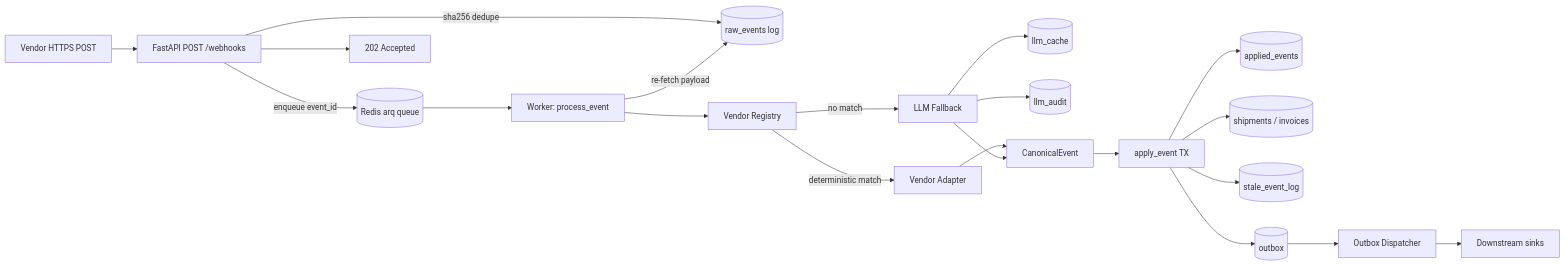
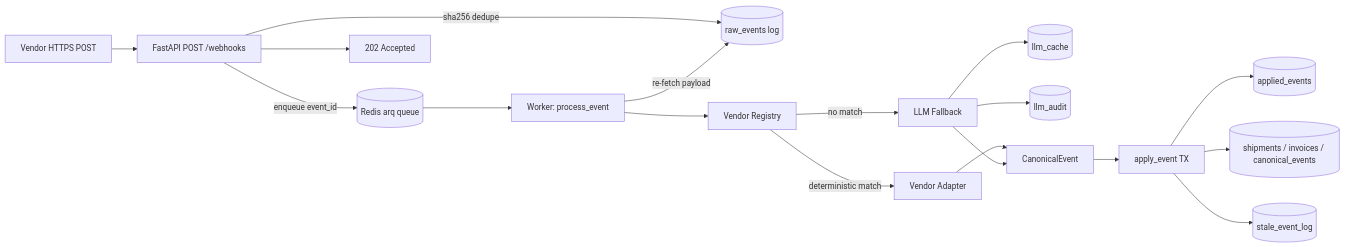
One commit to SanjayTiwari27/gls-assessment changed the diagram in README.md. Above: the diagram before and after it, drawn with Mermaid. The commit also changed other lines of this file and 15 other files, not shown here.

````diff
--- a/README.md
+++ b/README.md
@@ -19,23 +19,20 @@
 ```mermaid
 flowchart LR
   Vendor[Vendor HTTPS POST] --> Receiver["FastAPI POST /webhooks"]
   Receiver -->|sha256 dedupe| RawEvents[(raw_events log)]
   Receiver -->|enqueue event_id| Queue[(Redis arq queue)]
   Receiver --> Ack[202 Accepted]
   Queue --> Worker[Worker: process_event]
   Worker -->|re-fetch payload| RawEvents
   Worker --> Registry[Vendor Registry]
   Registry -->|deterministic match| Adapter[Vendor Adapter]
   Registry -->|no match| LLM[LLM Fallback]
   LLM --> Cache[(llm_cache)]
   LLM --> Audit[(llm_audit)]
   Adapter --> Canonical[CanonicalEvent]
   LLM --> Canonical
   Canonical --> StateMachine["apply_event TX"]
   StateMachine --> Applied[(applied_events)]
-  StateMachine --> Projections[(shipments / invoices)]
+  StateMachine --> Projections[(shipments / invoices / canonical_events)]
   StateMachine --> Stale[(stale_event_log)]
-  StateMachine --> Outbox[(outbox)]
-  Outbox --> Dispatcher[Outbox Dispatcher]
-  Dispatcher --> Downstream[Downstream sinks]
 ```
````
